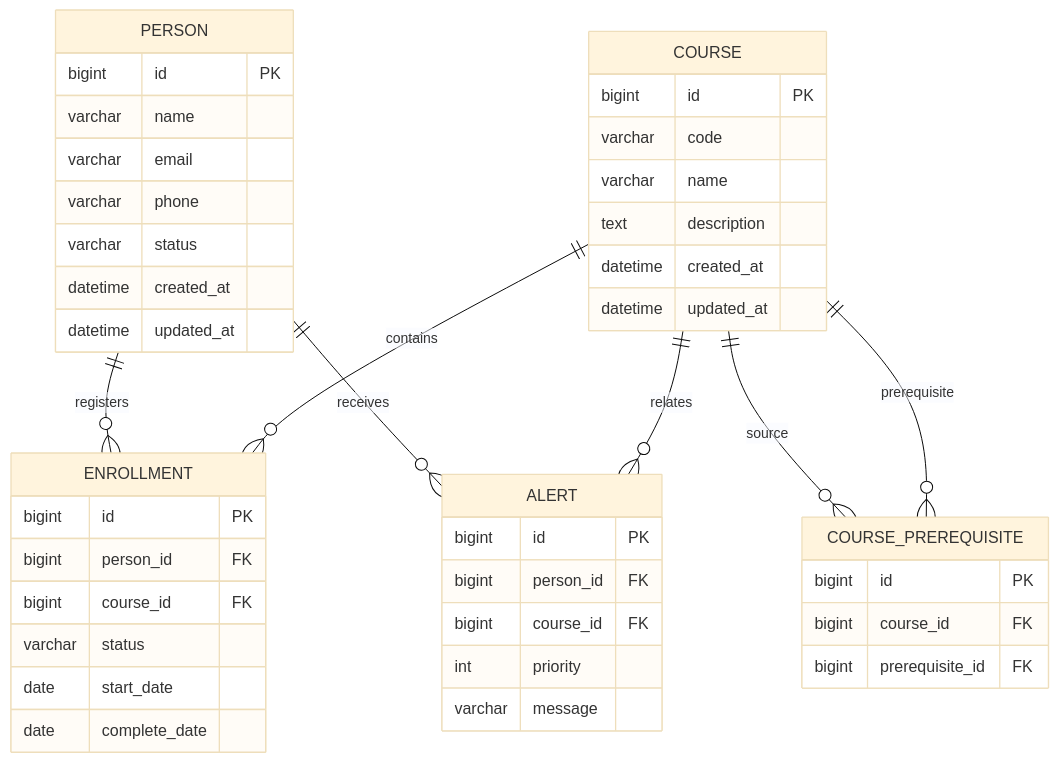
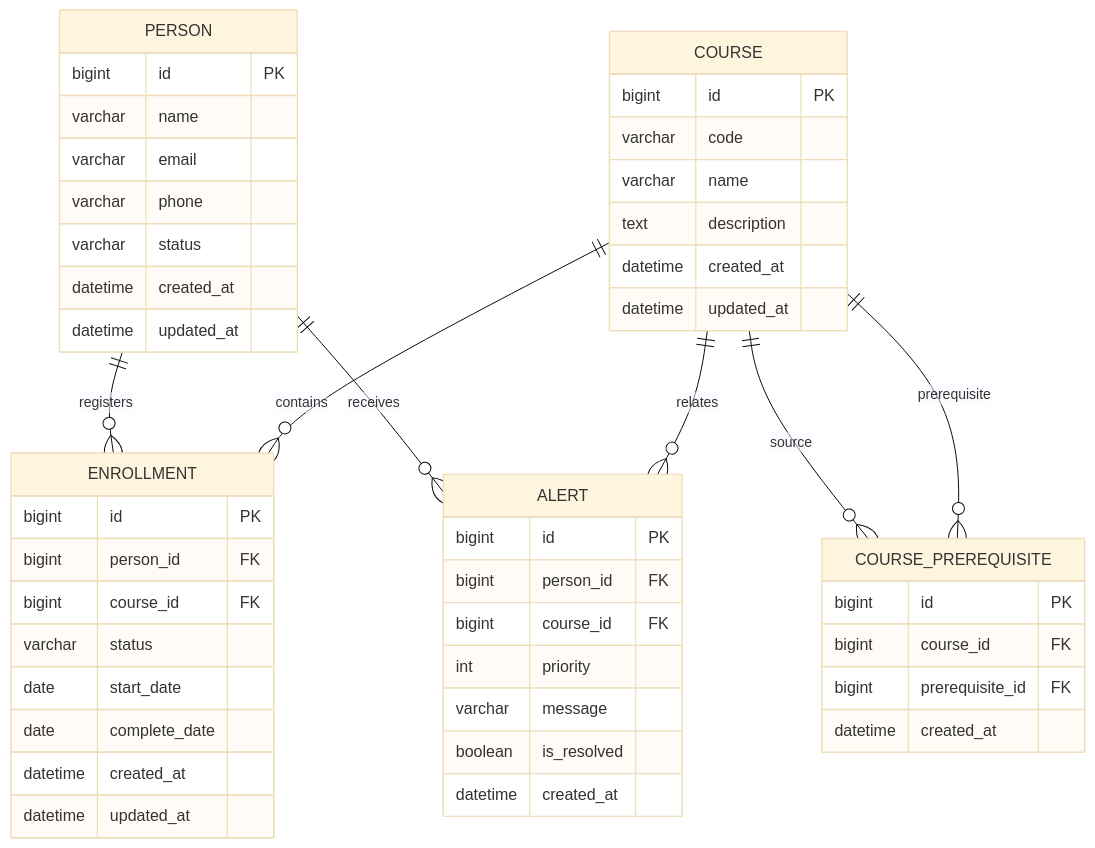
The diagram in docs/02_database_design.md (fizz123123/center-operation-system), drawn with Mermaid (base theme) before and after one commit. The commit also changed other lines of this file and 2 other files, not shown here.

Commit message:
refactor: align database schema and design documentation

````diff
--- a/docs/02_database_design.md
+++ b/docs/02_database_design.md
@@ -22,63 +22,68 @@
 ```mermaid
 erDiagram
 
     PERSON ||--o{ ENROLLMENT : registers
 
     COURSE ||--o{ ENROLLMENT : contains
 
     COURSE ||--o{ COURSE_PREREQUISITE : source
 
     COURSE ||--o{ COURSE_PREREQUISITE : prerequisite
 
     PERSON ||--o{ ALERT : receives
 
     COURSE ||--o{ ALERT : relates
 
 
     PERSON {
         bigint id PK
         varchar name
         varchar email
         varchar phone
         varchar status
         datetime created_at
         datetime updated_at
     }
 
 
     COURSE {
         bigint id PK
         varchar code
         varchar name
         text description
         datetime created_at
         datetime updated_at
     }
 
 
     ENROLLMENT {
         bigint id PK
         bigint person_id FK
         bigint course_id FK
         varchar status
         date start_date
         date complete_date
+        datetime created_at
+        datetime updated_at
     }
 
 
     COURSE_PREREQUISITE {
         bigint id PK
         bigint course_id FK
         bigint prerequisite_id FK
+        datetime created_at
     }
 
 
     ALERT {
         bigint id PK
         bigint person_id FK
         bigint course_id FK
         int priority
         varchar message
+        boolean is_resolved
+        datetime created_at
     }
 
 ```
````
